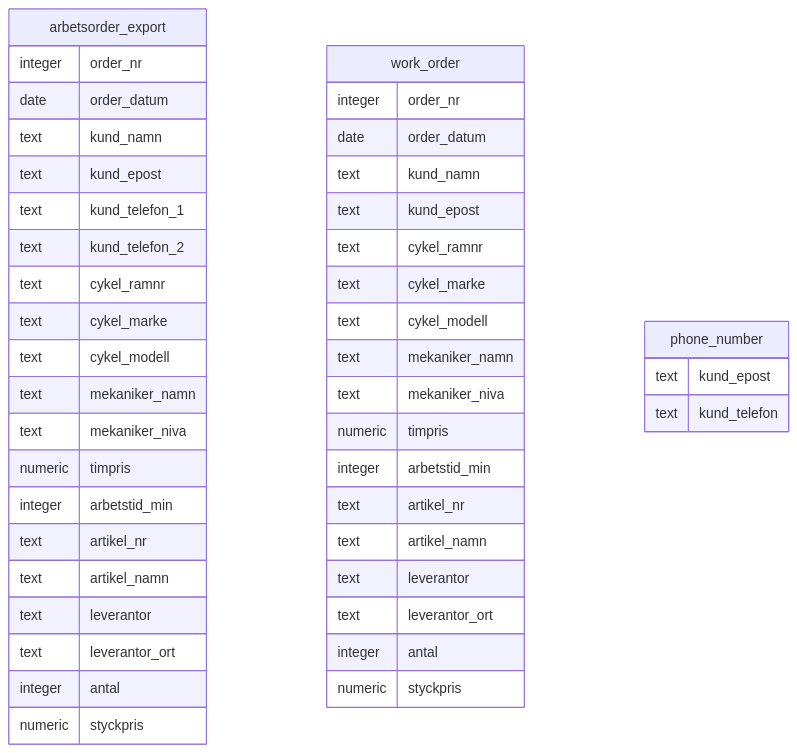
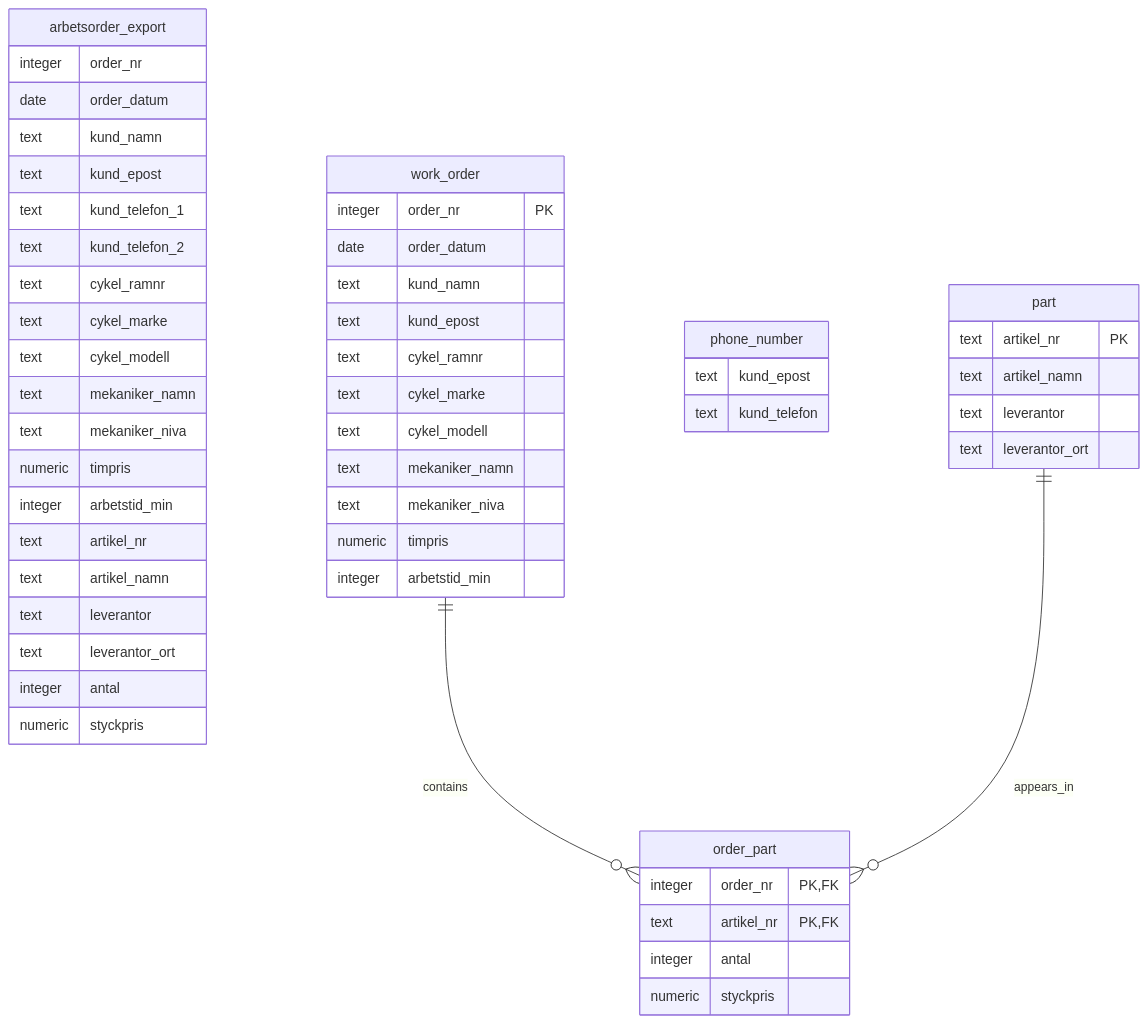
Before and after one commit to Cliveswe/Cykelverkstaden: the diagram in README.md, drawn with Mermaid. The commit also changed other lines of this file, not shown here.

````diff
--- a/README.md
+++ b/README.md
@@ -14,51 +15,66 @@
 ```mermaid
 erDiagram
-    %% Original spreadsheet-style relation
+    %% Original spreadsheet-style source relation
     arbetsorder_export {
         integer order_nr
         date order_datum
         text kund_namn
         text kund_epost
         text kund_telefon_1
         text kund_telefon_2
         text cykel_ramnr
         text cykel_marke
         text cykel_modell
         text mekaniker_namn
         text mekaniker_niva
         numeric timpris
         integer arbetstid_min
         text artikel_nr
         text artikel_namn
         text leverantor
         text leverantor_ort
         integer antal
         numeric styckpris
     }
 
-    %% Relations created during the 1NF decomposition
+    %% Relation created in the 1NF step.
+    %% It initially retained the spare-part columns.
     work_order {
-        integer order_nr
+        integer order_nr PK
         date order_datum
         text kund_namn
         text kund_epost
         text cykel_ramnr
         text cykel_marke
         text cykel_modell
         text mekaniker_namn
         text mekaniker_niva
         numeric timpris
         integer arbetstid_min
-        text artikel_nr
+    }
+
+    %% One row per customer-email and phone-number pair
+    phone_number {
+        text kund_epost
+        text kund_telefon
+    }
+
+    %% One row per spare part
+    part {
+        text artikel_nr PK
         text artikel_namn
         text leverantor
         text leverantor_ort
+    }
+
+    %% One row per work order and spare part
+    order_part {
+        integer order_nr PK, FK
+        text artikel_nr PK, FK
         integer antal
         numeric styckpris
     }
 
-    phone_number {
-        text kund_epost
-        text kund_telefon
-    }
+    work_order ||--o{ order_part : contains
+    part ||--o{ order_part : appears_in
 ```
````
